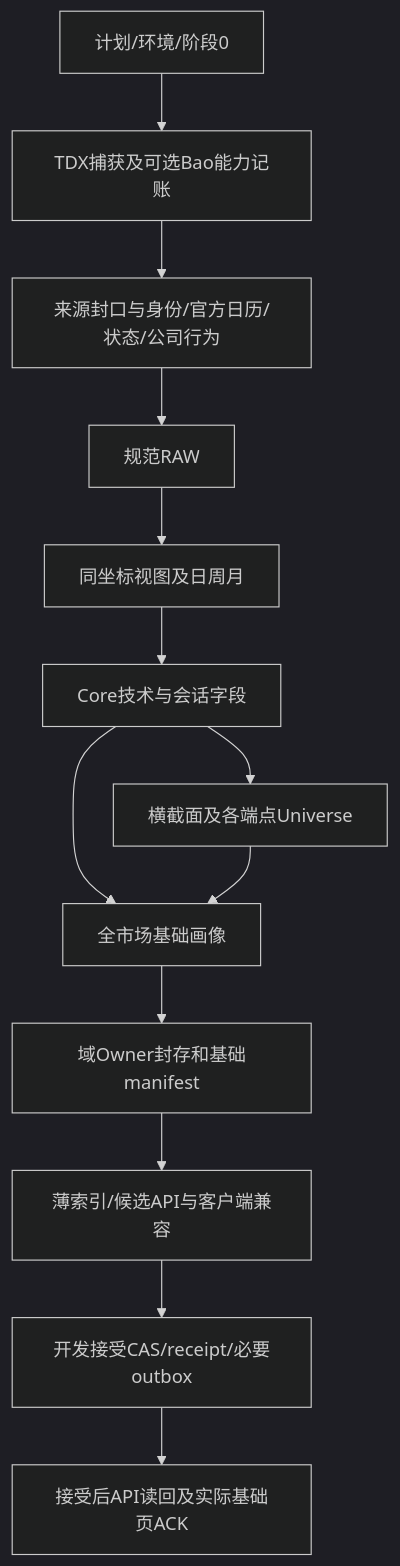
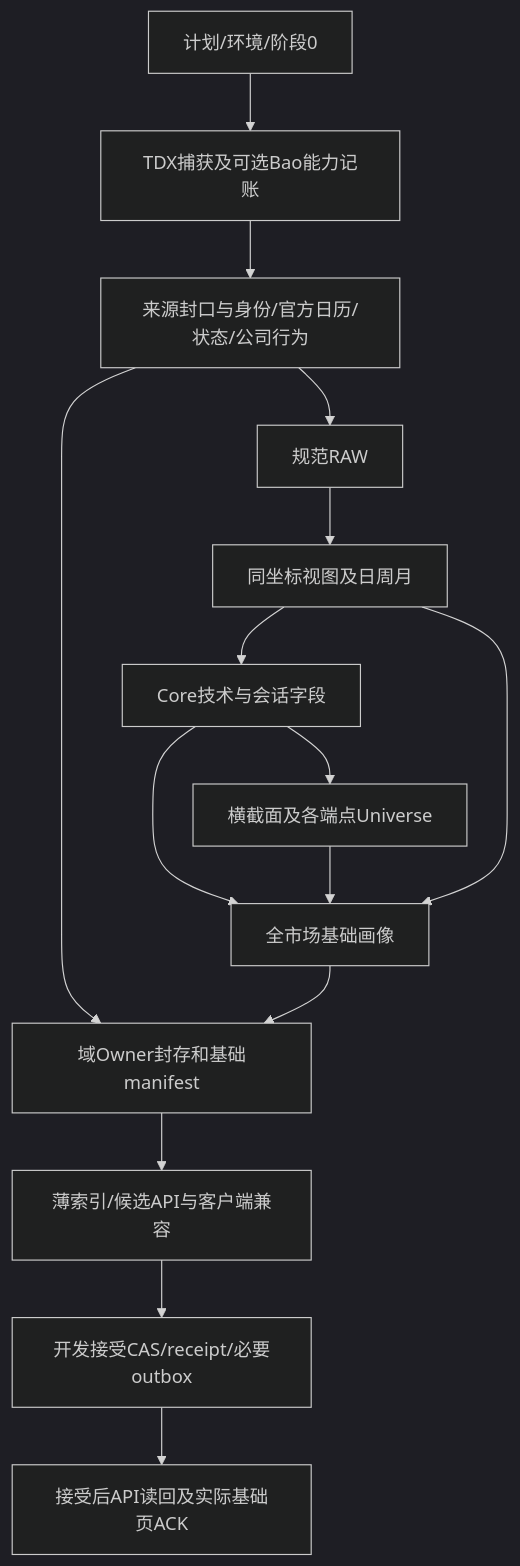
One commit to NanOns/Stock_llps changed the diagram in docs/design/实现详细设计.md. Above: the diagram before and after it, drawn with Mermaid (dark theme). The commit also changed other lines of this file and 6 other files, not shown here.

````diff
--- a/docs/design/实现详细设计.md
+++ b/docs/design/实现详细设计.md
@@ -171,15 +171,17 @@
 ```mermaid
 flowchart TD
   F0[计划/环境/阶段0] --> F1[TDX捕获及可选Bao能力记账]
   F1 --> F2[来源封口与身份/官方日历/状态/公司行为]
   F2 --> F3[规范RAW]
   F3 --> F4[同坐标视图及日周月]
   F4 --> F5[Core技术与会话字段]
   F5 --> F6[横截面及各端点Universe]
   F5 --> F7[全市场基础画像]
   F6 --> F7
+  F4 --> F7
+  F2 --> F8
   F7 --> F8[域Owner封存和基础manifest]
   F8 --> F9[薄索引/候选API与客户端兼容]
   F9 --> F10[开发接受CAS/receipt/必要outbox]
   F10 --> F11[接受后API读回及实际基础页ACK]
 ```
````
